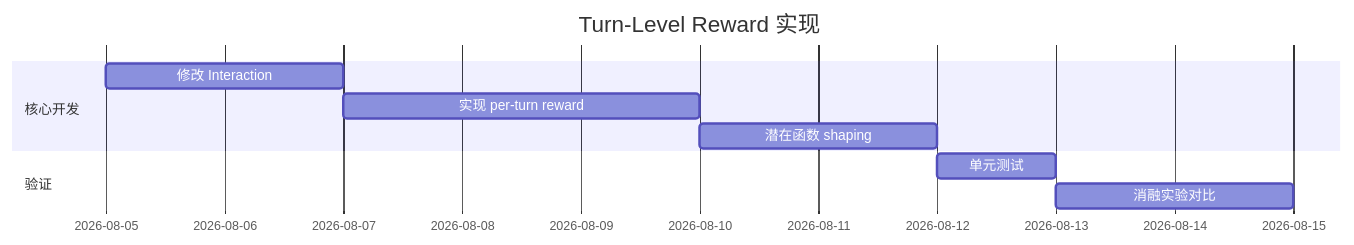
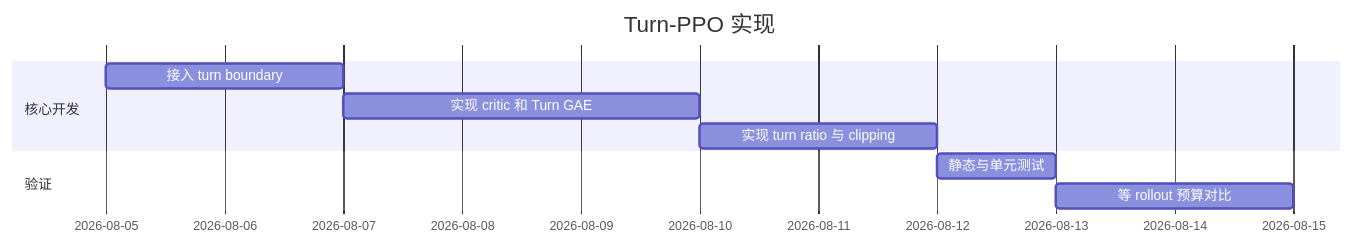
The tenth of 14 diagrams in docs/HARDWARE_ADAPTATION_PLAN.md (iOPEN-Xing/agentic-rl), drawn with Mermaid before and after one commit. The commit also changed other lines of this file and 18 other files, not shown here.

Commit message:
feat: adapt scheme one to strict Turn-PPO

````diff
--- a/docs/HARDWARE_ADAPTATION_PLAN.md
+++ b/docs/HARDWARE_ADAPTATION_PLAN.md
@@ -928,12 +876,12 @@
 ```mermaid
 gantt
-    title Turn-Level Reward 实现
+    title Turn-PPO 实现
     dateFormat  YYYY-MM-DD
     section 核心开发
-    修改 Interaction      :2026-08-05, 2d
-    实现 per-turn reward  :2026-08-07, 3d
-    潜在函数 shaping     :2026-08-10, 2d
+    接入 turn boundary     :2026-08-05, 2d
+    实现 critic 和 Turn GAE :2026-08-07, 3d
+    实现 turn ratio 与 clipping :2026-08-10, 2d
     section 验证
-    单元测试             :2026-08-12, 1d
-    消融实验对比         :2026-08-13, 2d
+    静态与单元测试        :2026-08-12, 1d
+    等 rollout 预算对比   :2026-08-13, 2d
 ```
````
